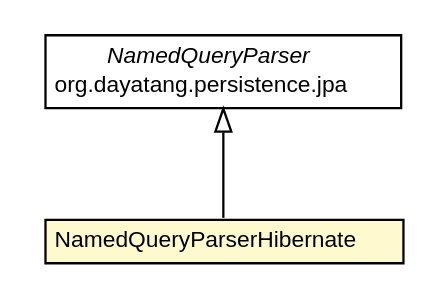
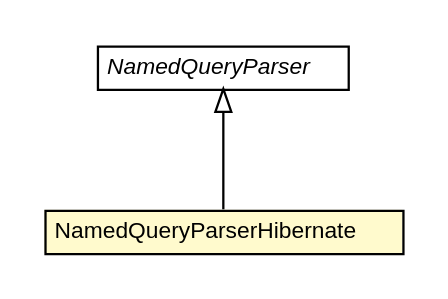
One commit to dayatang/dddlib changed the diagram in dddlib-persistence/dddlib-persistence-jpa/apidocs/org/dayatang/persistence/jpa/namedqueryparser/NamedQueryParserHibernate.dot. Above: the diagram before and after it, drawn with Graphviz. The commit also changed 144 other files, not shown here.

```diff
--- a/dddlib-persistence/dddlib-persistence-jpa/apidocs/org/dayatang/persistence/jpa/namedqueryparser/NamedQueryParserHibernate.dot
+++ b/dddlib-persistence/dddlib-persistence-jpa/apidocs/org/dayatang/persistence/jpa/namedqueryparser/NamedQueryParserHibernate.dot
@@ -1,27 +1,26 @@
 #!/usr/local/bin/dot
 #
 # Class diagram 
 # Generated by UMLGraph version R5_6_6-8-g8d7759 (http://www.umlgraph.org/)
 #
 
 digraph G {
 	edge [fontname="Helvetica",fontsize=10,labelfontname="Helvetica",labelfontsize=10];
 	node [fontname="Helvetica",fontsize=10,shape=plaintext];
 	nodesep=0.25;
 	ranksep=0.5;
 	// org.dayatang.persistence.jpa.NamedQueryParser
-	c80 [label=<<table title="org.dayatang.persistence.jpa.NamedQueryParser" border="0" cellborder="1" cellspacing="0" cellpadding="2" port="p" href="../NamedQueryParser.html">
+	c44 [label=<<table title="org.dayatang.persistence.jpa.NamedQueryParser" border="0" cellborder="1" cellspacing="0" cellpadding="2" port="p" href="../NamedQueryParser.html">
 		<tr><td><table border="0" cellspacing="0" cellpadding="1">
 <tr><td align="center" balign="center"><font face="Helvetica-Oblique"> NamedQueryParser </font></td></tr>
-<tr><td align="center" balign="center"> org.dayatang.persistence.jpa </td></tr>
 		</table></td></tr>
 		</table>>, URL="../NamedQueryParser.html", fontname="Helvetica", fontcolor="black", fontsize=10.0];
 	// org.dayatang.persistence.jpa.namedqueryparser.NamedQueryParserHibernate
-	c84 [label=<<table title="org.dayatang.persistence.jpa.namedqueryparser.NamedQueryParserHibernate" border="0" cellborder="1" cellspacing="0" cellpadding="2" port="p" bgcolor="lemonChiffon" href="./NamedQueryParserHibernate.html">
+	c48 [label=<<table title="org.dayatang.persistence.jpa.namedqueryparser.NamedQueryParserHibernate" border="0" cellborder="1" cellspacing="0" cellpadding="2" port="p" bgcolor="lemonChiffon" href="./NamedQueryParserHibernate.html">
 		<tr><td><table border="0" cellspacing="0" cellpadding="1">
 <tr><td align="center" balign="center"> NamedQueryParserHibernate </td></tr>
 		</table></td></tr>
 		</table>>, URL="./NamedQueryParserHibernate.html", fontname="Helvetica", fontcolor="black", fontsize=10.0];
 	//org.dayatang.persistence.jpa.namedqueryparser.NamedQueryParserHibernate extends org.dayatang.persistence.jpa.NamedQueryParser
-	c80:p -> c84:p [dir=back,arrowtail=empty];
+	c44:p -> c48:p [dir=back,arrowtail=empty];
 }
```
